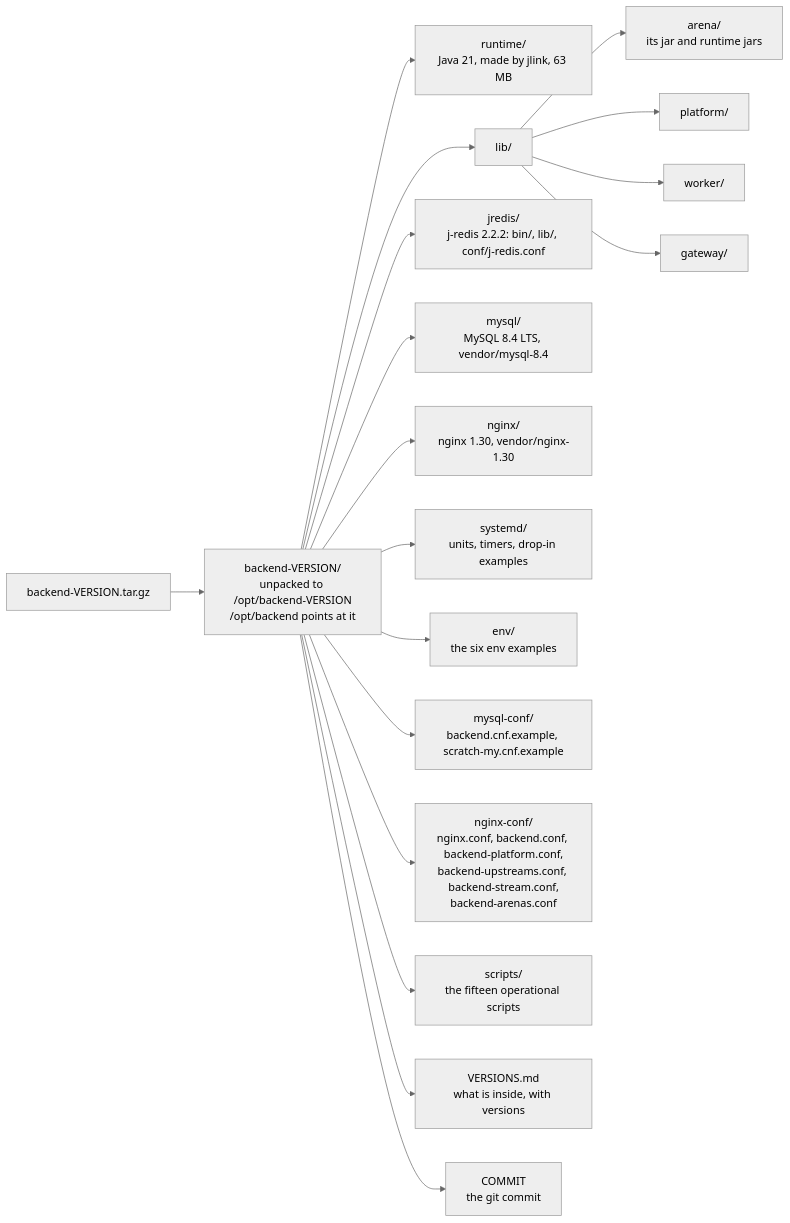
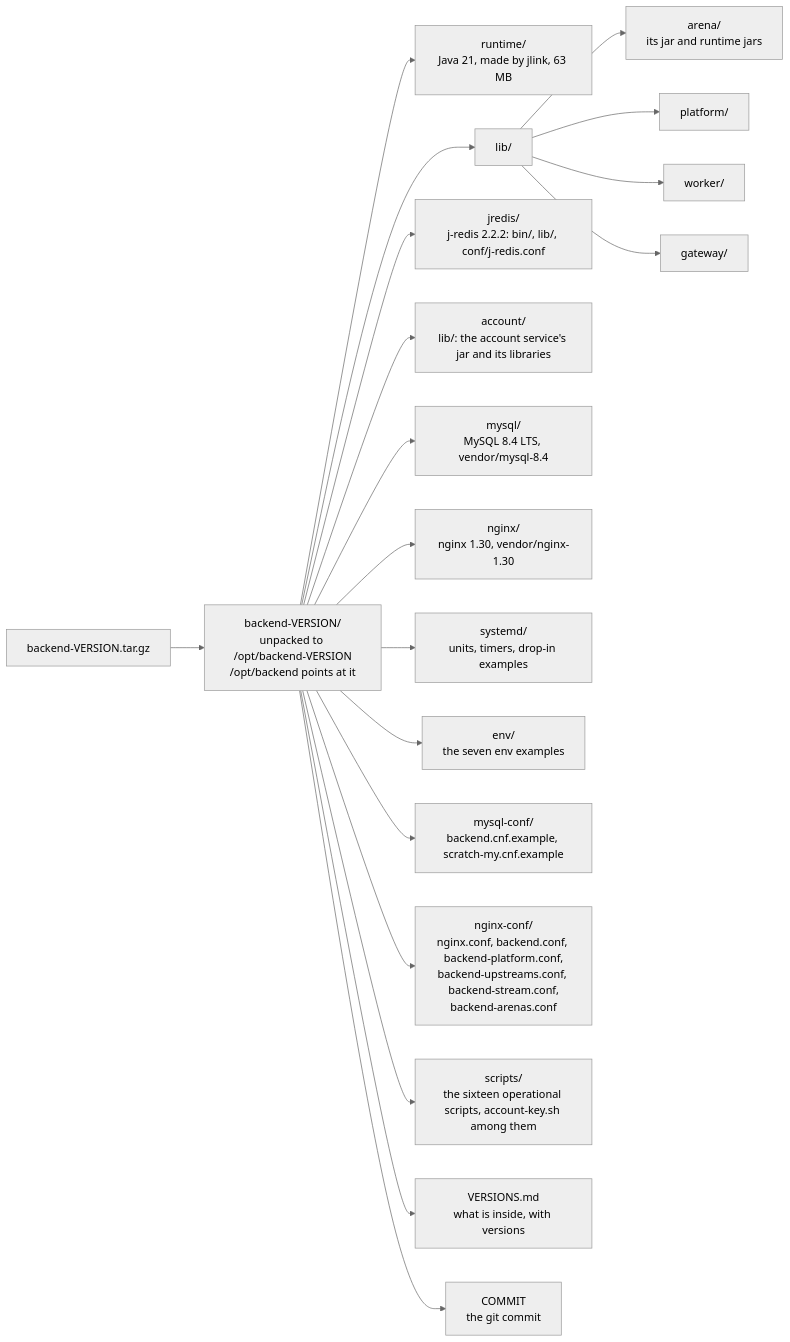
Before and after one commit to greensoft-atom/depio-simulation-platform: the fourth of 9 diagrams in docs/diagrams/07-deploy-and-operations.md, drawn with Mermaid (neutral theme). The commit also changed other lines of this file and 21 other files, not shown here.

First line of the commit message:
docs: the account service on every page that names the processes, the ports or the routes; item 142 (g), D-117, done

````diff
--- a/docs/diagrams/07-deploy-and-operations.md
+++ b/docs/diagrams/07-deploy-and-operations.md
@@ -185,38 +207,40 @@
 ```mermaid
 flowchart LR
     tgz["backend-VERSION.tar.gz"]
     root["backend-VERSION/<br/>unpacked to /opt/backend-VERSION<br/>/opt/backend points at it"]
     rt["runtime/<br/>Java 21, made by jlink, 63 MB"]
     lib["lib/"]
     la["arena/<br/>its jar and runtime jars"]
     lp["platform/"]
     lw["worker/"]
     lg["gateway/"]
     jr["jredis/<br/>j-redis 2.2.2: bin/, lib/, conf/j-redis.conf"]
+    acd["account/<br/>lib/: the account service's jar and its libraries"]
     my["mysql/<br/>MySQL 8.4 LTS, vendor/mysql-8.4"]
     ng["nginx/<br/>nginx 1.30, vendor/nginx-1.30"]
     sd["systemd/<br/>units, timers, drop-in examples"]
-    ev["env/<br/>the six env examples"]
+    ev["env/<br/>the seven env examples"]
     mc["mysql-conf/<br/>backend.cnf.example, scratch-my.cnf.example"]
     nc["nginx-conf/<br/>nginx.conf, backend.conf, backend-platform.conf,<br/>backend-upstreams.conf, backend-stream.conf,<br/>backend-arenas.conf"]
-    sc["scripts/<br/>the fifteen operational scripts"]
+    sc["scripts/<br/>the sixteen operational scripts, account-key.sh among them"]
     vs["VERSIONS.md<br/>what is inside, with versions"]
     cm["COMMIT<br/>the git commit"]
     tgz --> root
     root --> rt
     root --> lib
     lib --> la
     lib --> lp
     lib --> lw
     lib --> lg
     root --> jr
+    root --> acd
     root --> my
     root --> ng
     root --> sd
     root --> ev
     root --> mc
     root --> nc
     root --> sc
     root --> vs
     root --> cm
 ```
````
